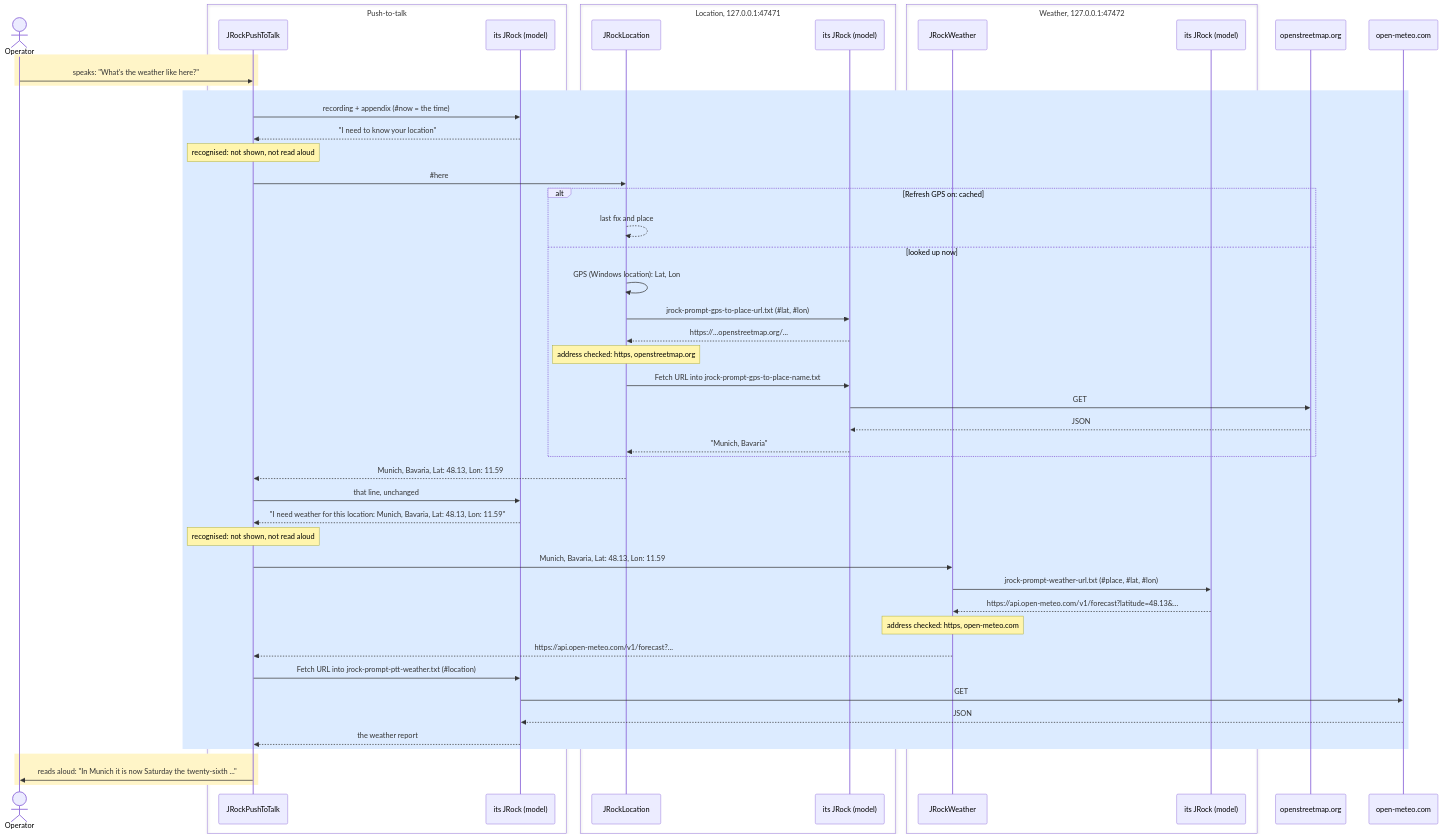
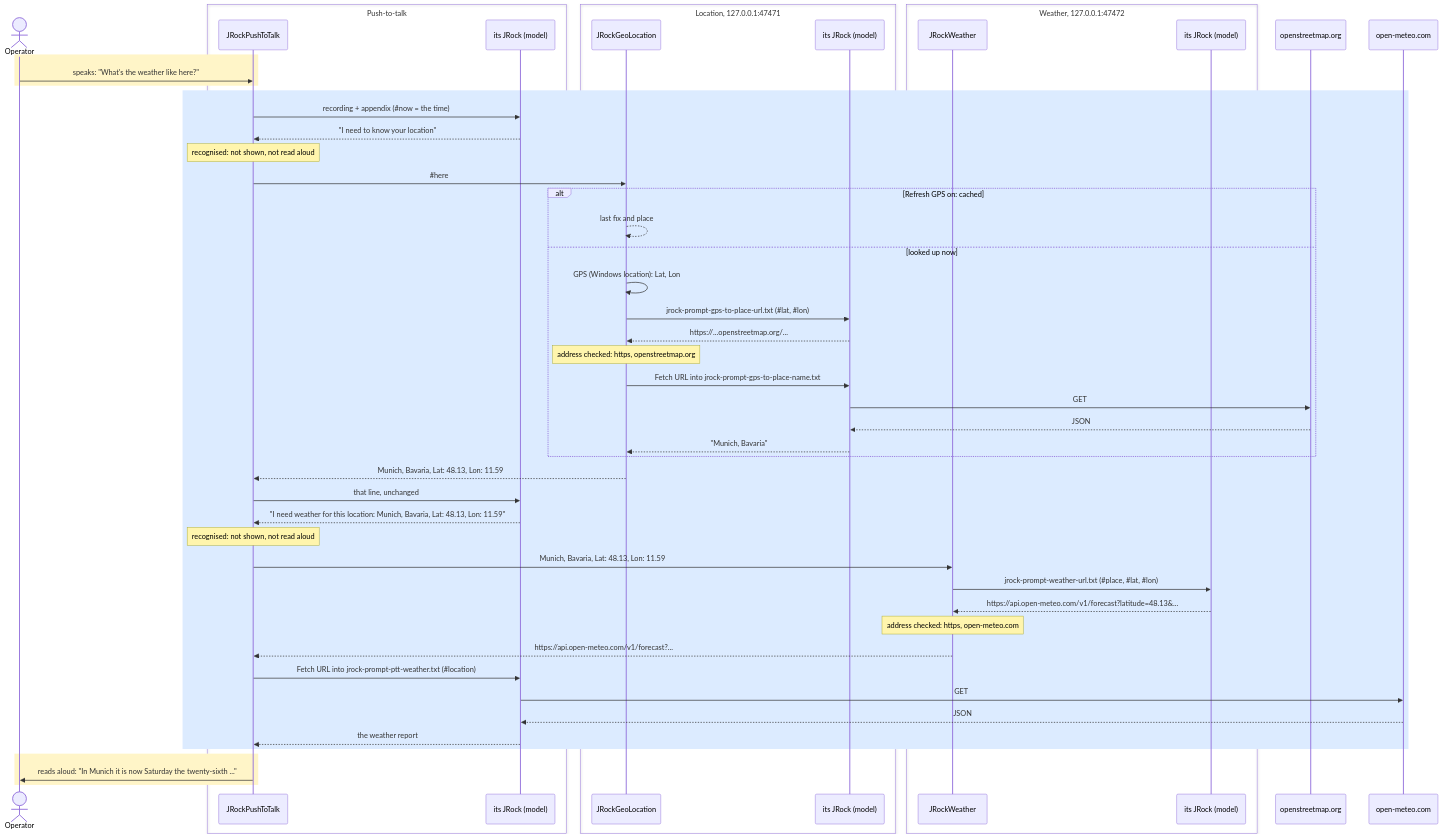
The fifth of 7 diagrams in README.md (ivan-khvostishkov/jrock), drawn with Mermaid before and after one commit. The commit also changed other lines of this file and 5 other files, not shown here.

````diff
--- a/README.md
+++ b/README.md
@@ -3041,56 +3041,56 @@
 ```mermaid
 sequenceDiagram
     actor Op as Operator
     box Push-to-talk
         participant PTT as JRockPushToTalk
         participant PM as its JRock (model)
     end
     box Location, 127.0.0.1:47471
-        participant Loc as JRockLocation
+        participant Loc as JRockGeoLocation
         participant LM as its JRock (model)
     end
     box Weather, 127.0.0.1:47472
         participant Wx as JRockWeather
         participant WM as its JRock (model)
     end
     participant OSM as openstreetmap.org
     participant OM as open-meteo.com
 
     rect rgb(255, 245, 200)
         Op->>PTT: speaks: "What's the weather like here?"
     end
     rect rgb(220, 235, 255)
         PTT->>PM: recording + appendix (#35;now = the time)
         PM-->>PTT: "I need to know your location"
         Note over PTT: recognised: not shown, not read aloud
         PTT->>Loc: #35;here
         alt Refresh GPS on: cached
             Loc-->>Loc: last fix and place
         else looked up now
             Loc->>Loc: GPS (Windows location): Lat, Lon
             Loc->>LM: jrock-prompt-gps-to-place-url.txt (#35;lat, #35;lon)
             LM-->>Loc: https://...openstreetmap.org/...
             Note over Loc: address checked: https, openstreetmap.org
             Loc->>LM: Fetch URL into jrock-prompt-gps-to-place-name.txt
             LM->>OSM: GET
             OSM-->>LM: JSON
             LM-->>Loc: "Munich, Bavaria"
         end
         Loc-->>PTT: Munich, Bavaria, Lat: 48.13, Lon: 11.59
         PTT->>PM: that line, unchanged
         PM-->>PTT: "I need weather for this location: Munich, Bavaria, Lat: 48.13, Lon: 11.59"
         Note over PTT: recognised: not shown, not read aloud
         PTT->>Wx: Munich, Bavaria, Lat: 48.13, Lon: 11.59
         Wx->>WM: jrock-prompt-weather-url.txt (#35;place, #35;lat, #35;lon)
         WM-->>Wx: https://api.open-meteo.com/v1/forecast?latitude=48.13&...
         Note over Wx: address checked: https, open-meteo.com
         Wx-->>PTT: https://api.open-meteo.com/v1/forecast?...
         PTT->>PM: Fetch URL into jrock-prompt-ptt-weather.txt (#35;location)
         PM->>OM: GET
         OM-->>PM: JSON
         PM-->>PTT: the weather report
     end
     rect rgb(255, 245, 200)
         PTT->>Op: reads aloud: "In Munich it is now Saturday the twenty-sixth ..."
     end
 ```
````
